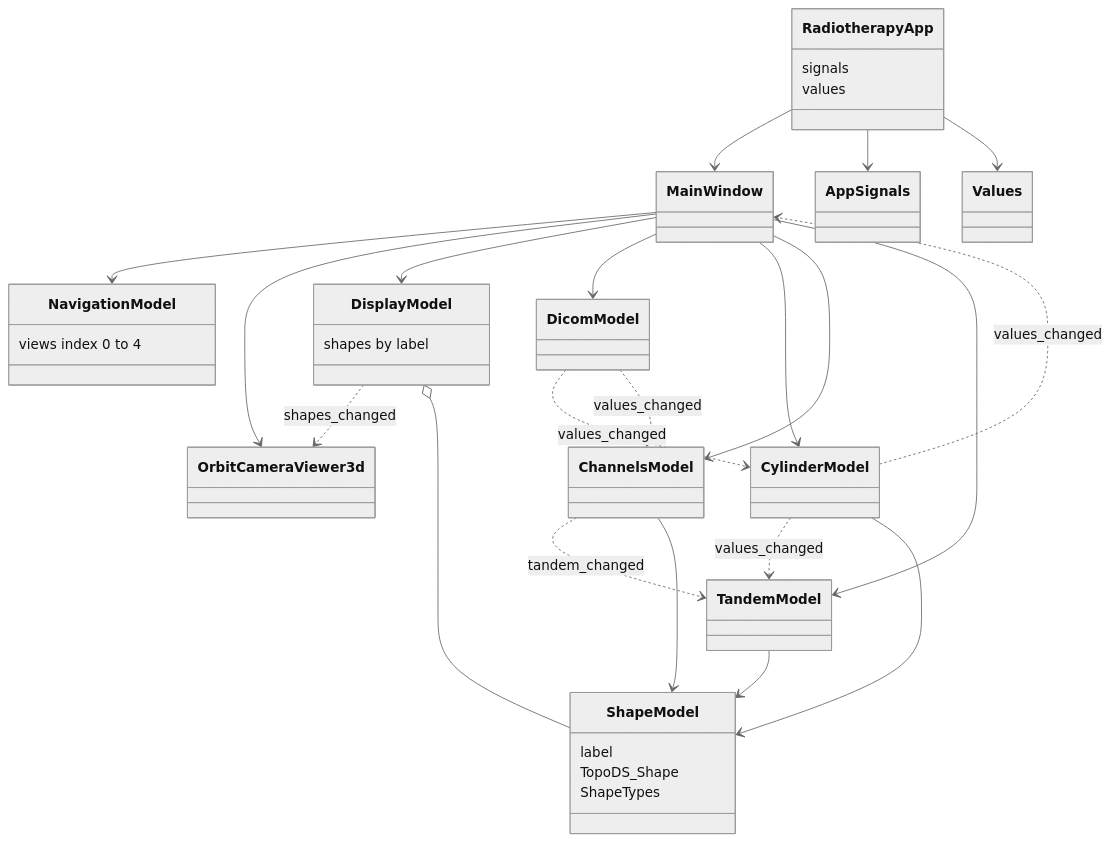
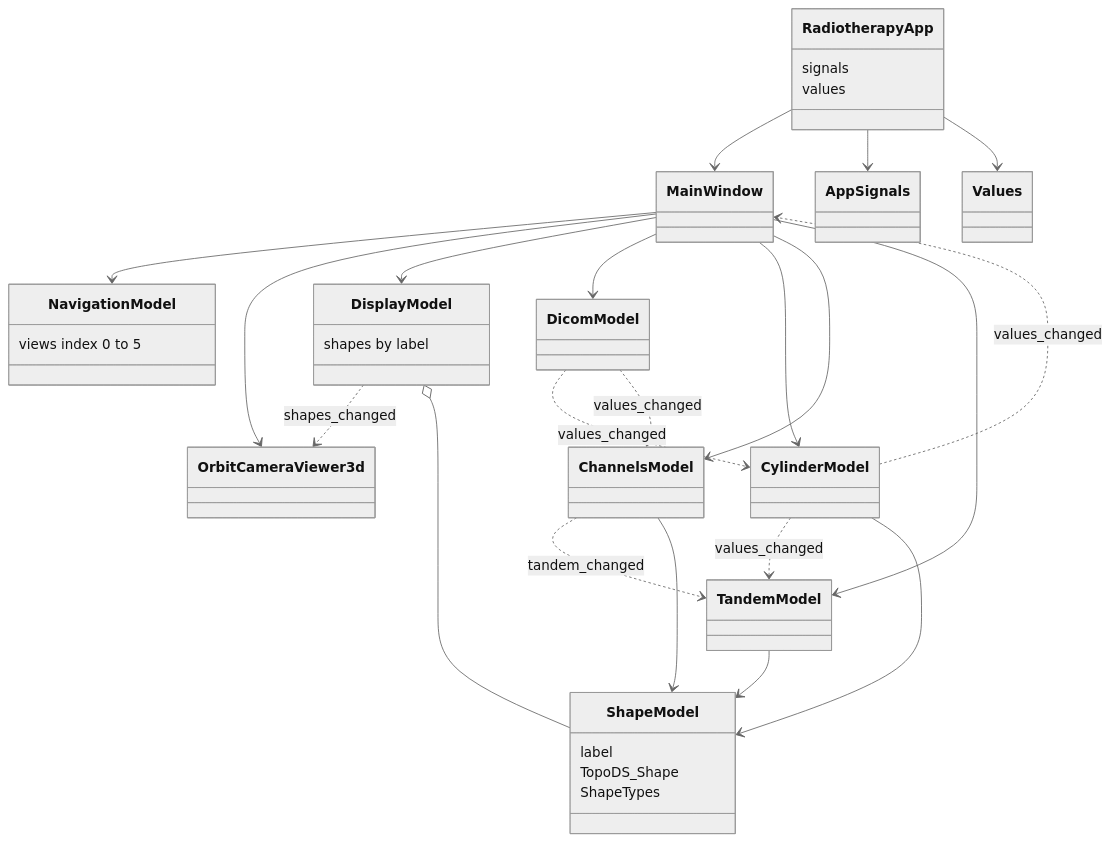
The diagram in docs/architecture/diagrams/existing-framework/uml.mmd (COSC-499-W2026/capstone-project-team-10), drawn with Mermaid (neutral theme) before and after one commit. The commit also changed 1 other file, not shown here.

Commit message:
docs: show views indexes 0 to 5 on the UML

```diff
--- a/docs/architecture/diagrams/existing-framework/uml.mmd
+++ b/docs/architecture/diagrams/existing-framework/uml.mmd
@@ -1,45 +1,45 @@
 %% title: UML
 %% alt: UML of RadiotherapyApp, the models MainWindow creates, the signals between them and back to MainWindow, and ShapeModel
 classDiagram
   class RadiotherapyApp {
     signals
     values
   }
   class MainWindow
   class NavigationModel {
-    views index 0 to 4
+    views index 0 to 5
   }
   class DisplayModel {
     shapes by label
   }
   class OrbitCameraViewer3d
   class DicomModel
   class CylinderModel
   class ChannelsModel
   class TandemModel
   class ShapeModel {
     label
     TopoDS_Shape
     ShapeTypes
   }
 
   RadiotherapyApp --> MainWindow
   RadiotherapyApp --> AppSignals
   RadiotherapyApp --> Values
   MainWindow --> NavigationModel
   MainWindow --> OrbitCameraViewer3d
   MainWindow --> DisplayModel
   DisplayModel ..> OrbitCameraViewer3d : shapes_changed
   MainWindow --> DicomModel
   MainWindow --> CylinderModel
   MainWindow --> ChannelsModel
   MainWindow --> TandemModel
   DicomModel ..> CylinderModel : values_changed
   DicomModel ..> ChannelsModel : values_changed
   CylinderModel ..> TandemModel : values_changed
   CylinderModel ..> MainWindow : values_changed
   ChannelsModel ..> TandemModel : tandem_changed
   CylinderModel --> ShapeModel
   ChannelsModel --> ShapeModel
   TandemModel --> ShapeModel
   DisplayModel o-- ShapeModel
```
